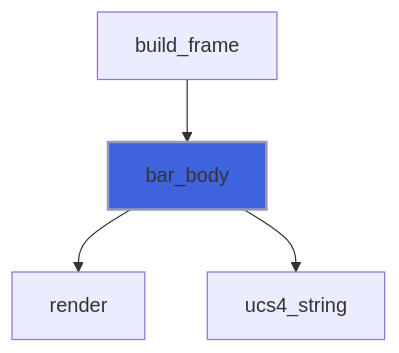
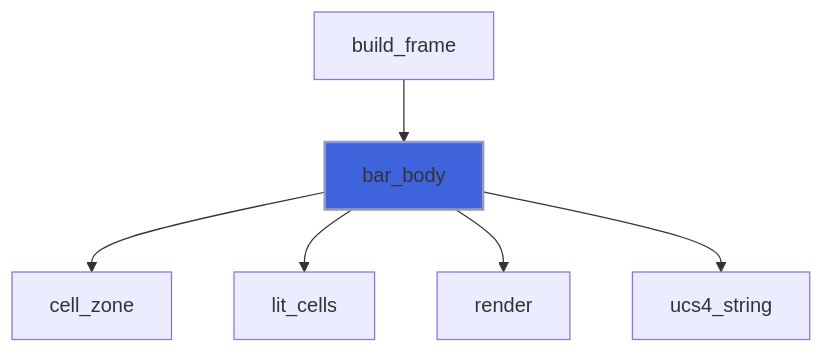
Before and after one commit to szaghi/forbear: diagram 24 of 39 in docs/api/src/lib/forbear_bar_object.md, drawn with Mermaid. The commit also changed other lines of this file and 21 other files, not shown here.

Commit message:
feat(bar): add bar_zones, colouring each filled cell by its position

````diff
--- a/docs/api/src/lib/forbear_bar_object.md
+++ b/docs/api/src/lib/forbear_bar_object.md
@@ -821,7 +877,9 @@
 ```mermaid
 flowchart TD
   build_frame["build_frame"] --> bar_body["bar_body"]
+  bar_body["bar_body"] --> cell_zone["cell_zone"]
+  bar_body["bar_body"] --> lit_cells["lit_cells"]
   bar_body["bar_body"] --> render["render"]
   bar_body["bar_body"] --> ucs4_string["ucs4_string"]
   style bar_body fill:#3e63dd,stroke:#99b,stroke-width:2px
 ```
````
